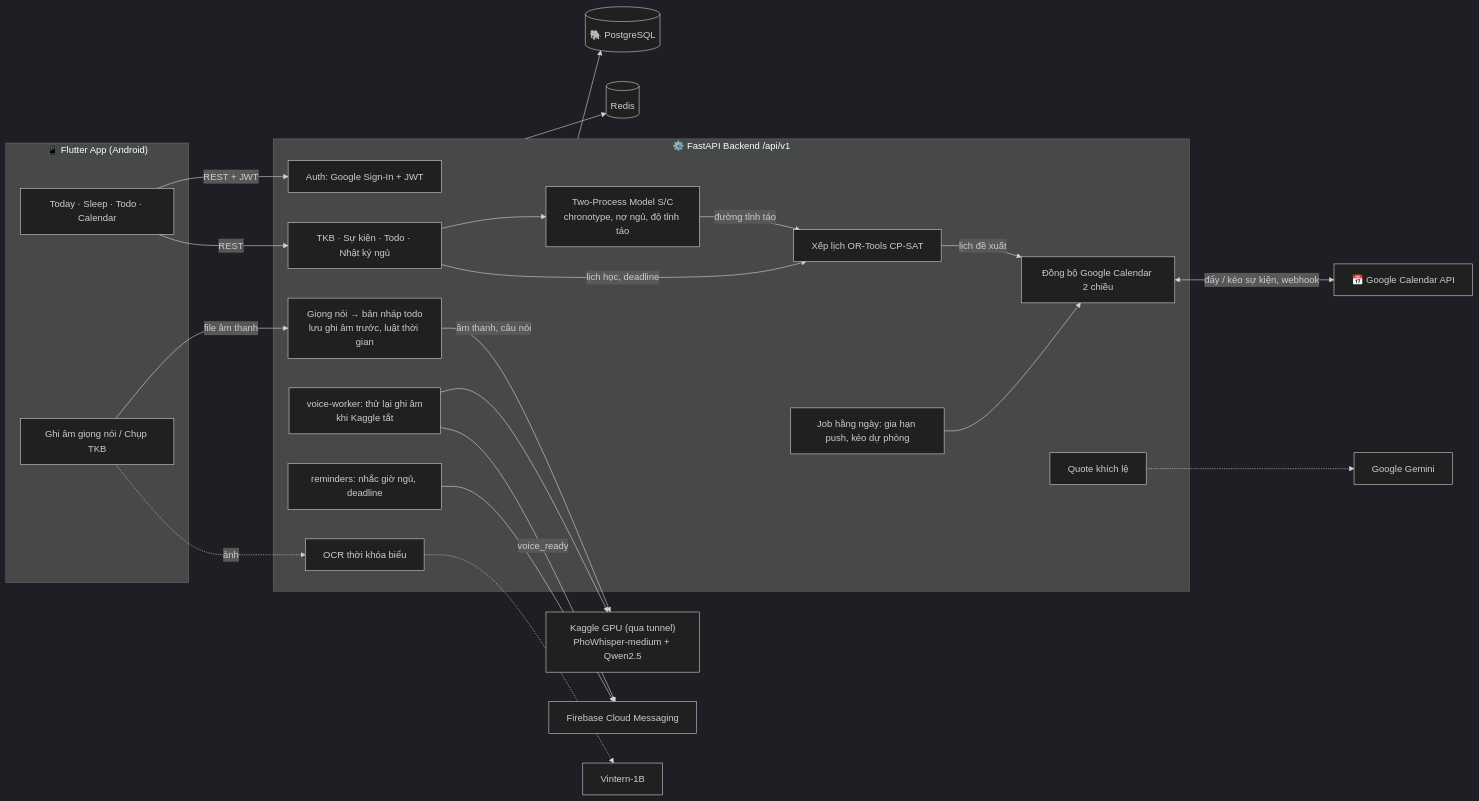
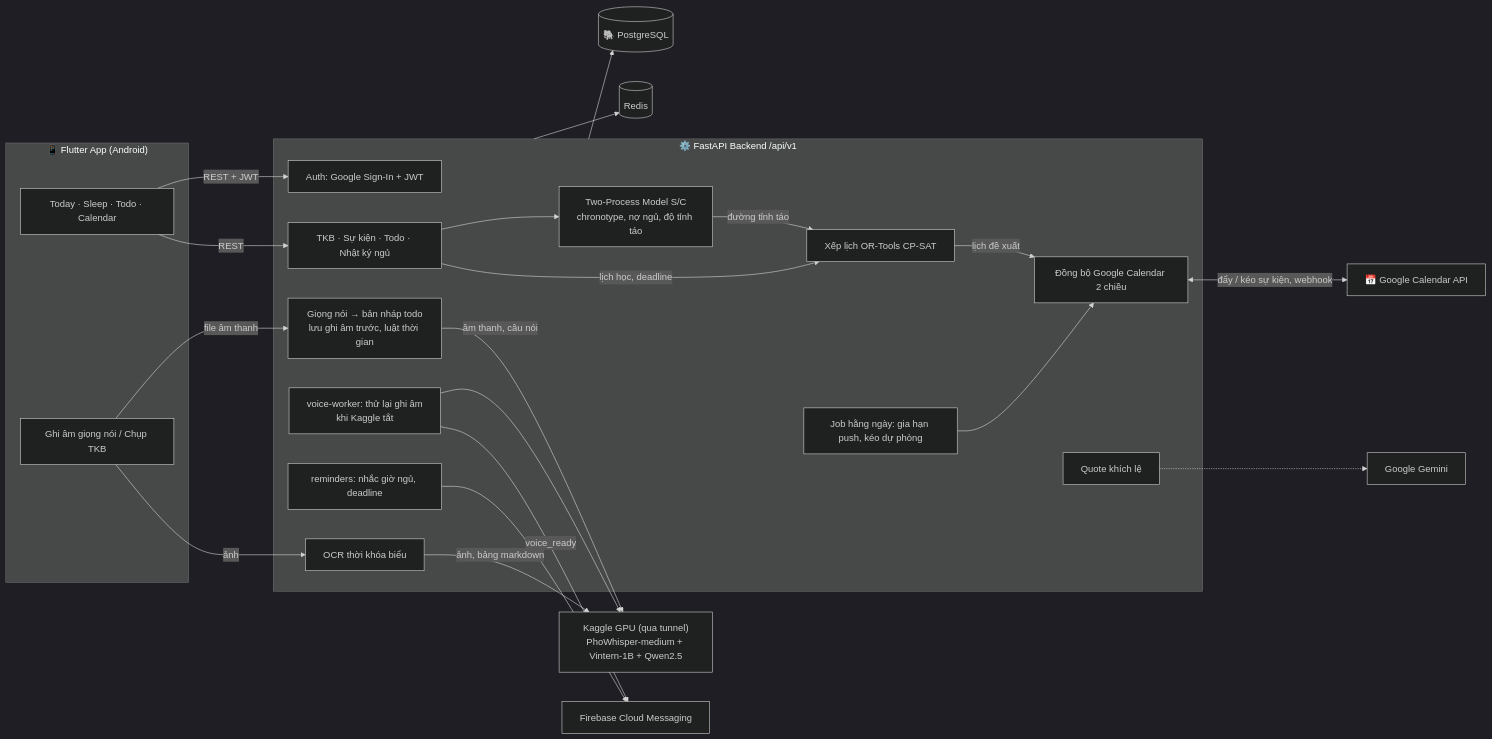
One commit to Znoywho/Recolly changed the diagram in README.md. Above: the diagram before and after it, drawn with Mermaid (dark theme). The commit also changed other lines of this file and 11 other files, not shown here.

First line of the commit message:
feat(ocr): R09-R11 timetable photo OCR with Vintern on Kaggle

````diff
--- a/README.md
+++ b/README.md
@@ -97,51 +97,50 @@
 ```mermaid
 flowchart LR
     subgraph APP["📱 Flutter App (Android)"]
         UI["Today · Sleep · Todo · Calendar"]
         IN["Ghi âm giọng nói / Chụp TKB"]
     end
 
     subgraph API["⚙️ FastAPI Backend /api/v1"]
         AUTH["Auth: Google Sign-In + JWT"]
         CRUD["TKB · Sự kiện · Todo · Nhật ký ngủ"]
         SLEEP["Two-Process Model S/C<br/>chronotype, nợ ngủ, độ tỉnh táo"]
         SCHED["Xếp lịch OR-Tools CP-SAT"]
         SYNC["Đồng bộ Google Calendar 2 chiều"]
         JOB["Job hằng ngày: gia hạn push, kéo dự phòng"]
         VOICE["Giọng nói → bản nháp todo<br/>lưu ghi âm trước, luật thời gian"]
         WORKER["voice-worker: thử lại ghi âm<br/>khi Kaggle tắt"]
         REMIND["reminders: nhắc giờ ngủ, deadline"]
         OCR["OCR thời khóa biểu"]
         QUOTE["Quote khích lệ"]
     end
 
     DB[("🐘 PostgreSQL")]
     GCAL["📅 Google Calendar API"]
-    KAGGLE["Kaggle GPU (qua tunnel)<br/>PhoWhisper-medium + Qwen2.5"]
+    KAGGLE["Kaggle GPU (qua tunnel)<br/>PhoWhisper-medium + Vintern-1B + Qwen2.5"]
     REDIS[("Redis")]
     FCM["Firebase Cloud Messaging"]
-    VIN["Vintern-1B"]
     GEM["Google Gemini"]
 
     UI -->|REST + JWT| AUTH
     UI -->|REST| CRUD
     IN -->|file âm thanh| VOICE
-    IN -.->|ảnh| OCR
+    IN -->|ảnh| OCR
 
     CRUD --> SLEEP
     SLEEP -->|đường tỉnh táo| SCHED
     CRUD -->|lịch học, deadline| SCHED
     SCHED -->|lịch đề xuất| SYNC
     SYNC <-->|đẩy / kéo sự kiện, webhook| GCAL
     JOB --> SYNC
 
     VOICE -->|âm thanh, câu nói| KAGGLE
     WORKER --> KAGGLE
     WORKER -->|voice_ready| FCM
     REMIND --> FCM
-    OCR -.-> VIN
+    OCR -->|ảnh, bảng markdown| KAGGLE
     QUOTE -.-> GEM
 
     API --> DB
     API --> REDIS
 ```
````
